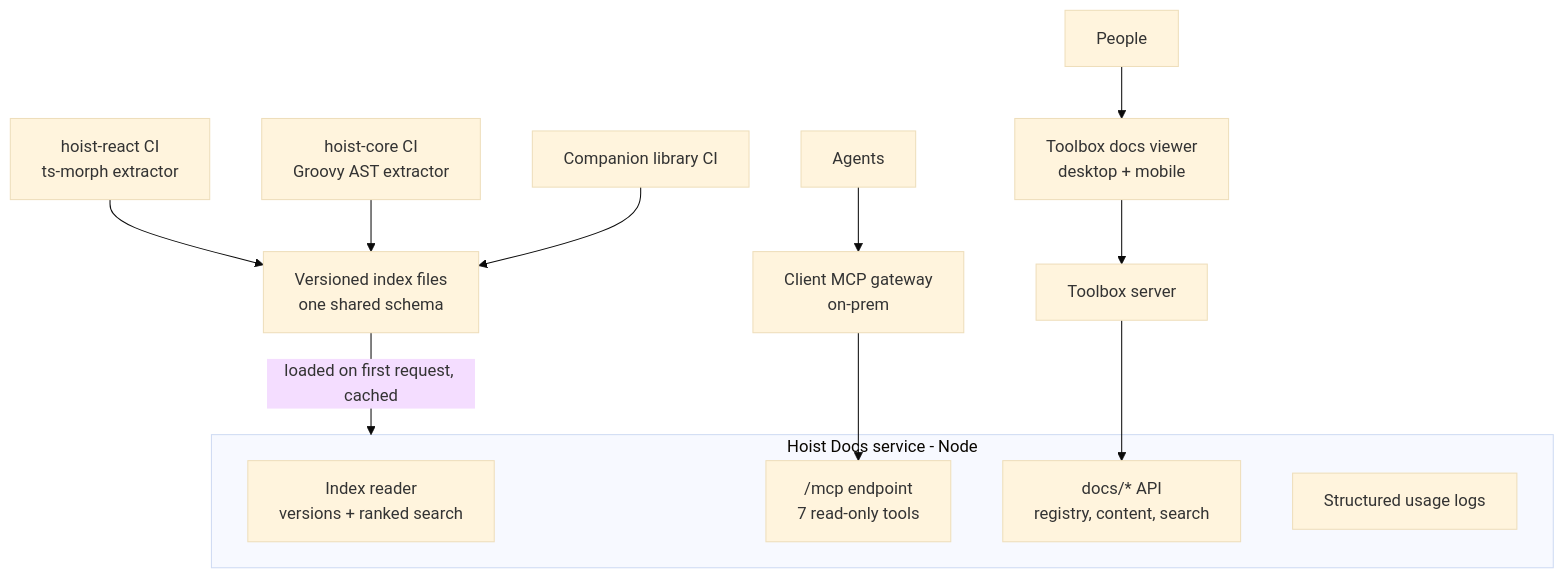
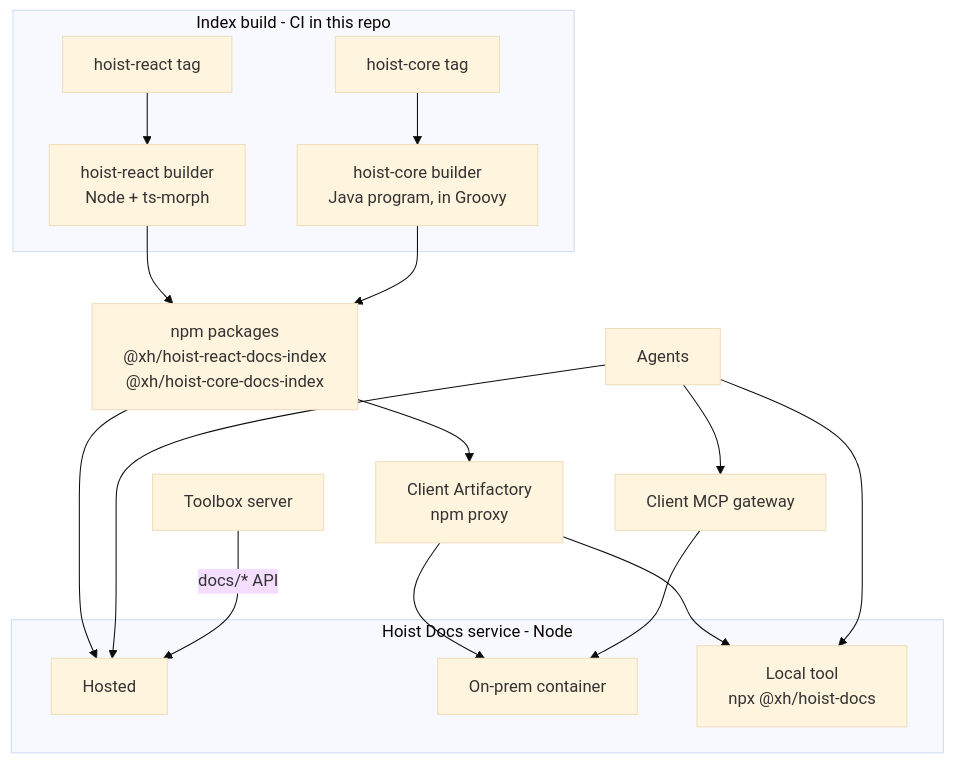
One commit to xh/hoist-docs changed the diagram in docs/design.md. Above: the diagram before and after it, drawn with Mermaid (base theme). The commit also changed other lines of this file and 1 other file, not shown here.

First line of the commit message:
Plan builders, npm publishing and a local tool in the design

````diff
--- a/docs/design.md
+++ b/docs/design.md
@@ -86,18 +107,23 @@
 ```mermaid
 flowchart TB
-    R[hoist-react CI<br/>ts-morph extractor] --> I
-    C[hoist-core CI<br/>Groovy AST extractor] --> I
-    X[Companion library CI] --> I
-    I[Versioned index files<br/>one shared schema] -->|loaded on first request, cached| S
+    subgraph B[Index build - CI in this repo]
+        RT[hoist-react tag] --> RB[hoist-react builder<br/>Node + ts-morph]
+        CT[hoist-core tag] --> CB[hoist-core builder<br/>Java program, in Groovy]
+    end
+    RB --> P
+    CB --> P
+    P[npm packages<br/>@xh/hoist-react-docs-index<br/>@xh/hoist-core-docs-index] --> AF[Client Artifactory<br/>npm proxy]
+    P --> H
+    AF --> O
+    AF --> LT
     subgraph S[Hoist Docs service - Node]
-        IR[Index reader<br/>versions + ranked search]
-        M["/mcp endpoint<br/>7 read-only tools"]
-        D["docs/* API<br/>registry, content, search"]
-        L[Structured usage logs]
+        H[Hosted]
+        O[On-prem container]
+        LT[Local tool<br/>npx @xh/hoist-docs]
     end
-    G[Client MCP gateway<br/>on-prem] --> M
+    G[Client MCP gateway] --> O
     A[Agents] --> G
-    T[Toolbox server] --> D
-    P[People] --> TV[Toolbox docs viewer<br/>desktop + mobile]
-    TV --> T
+    A --> LT
+    A --> H
+    T[Toolbox server] -->|docs/* API| H
 ```
````
